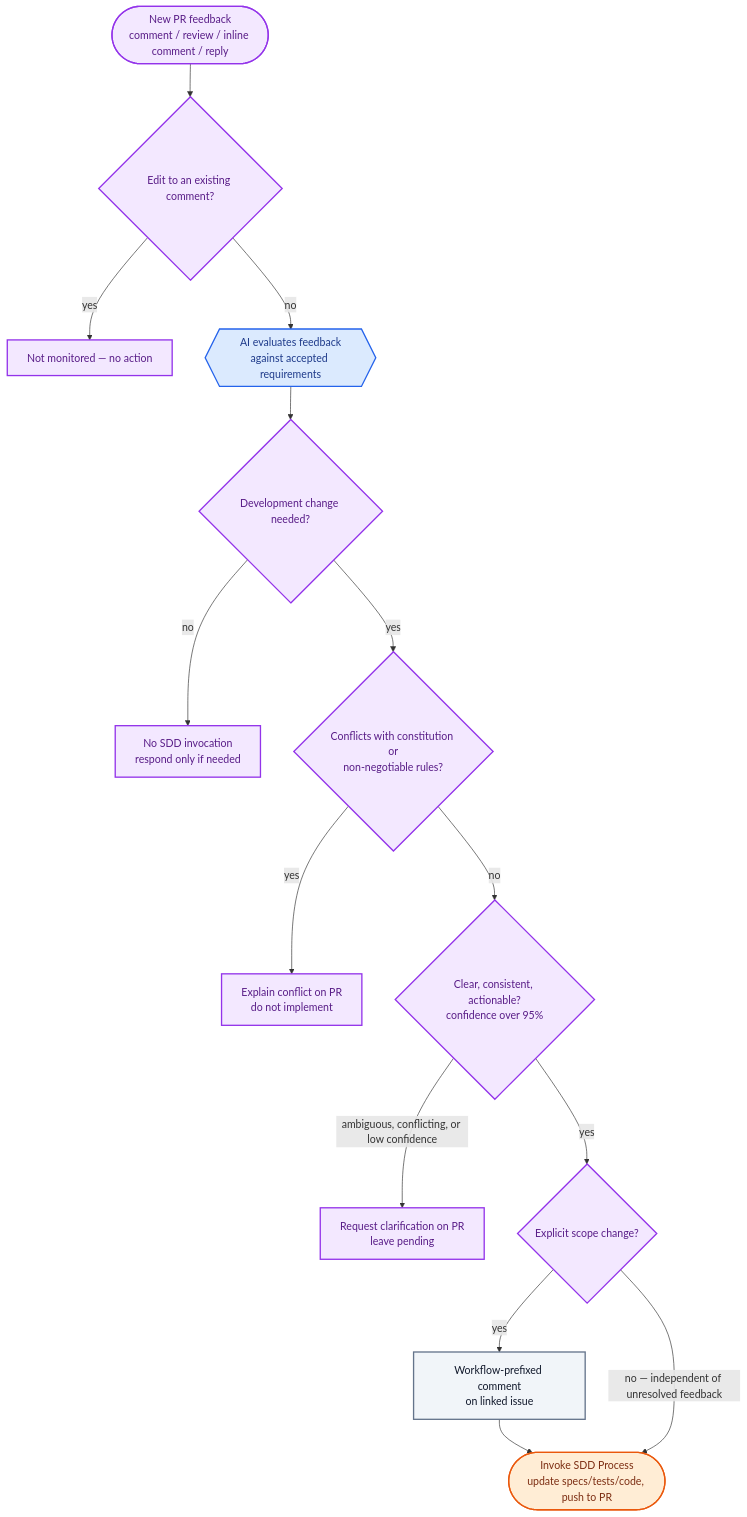
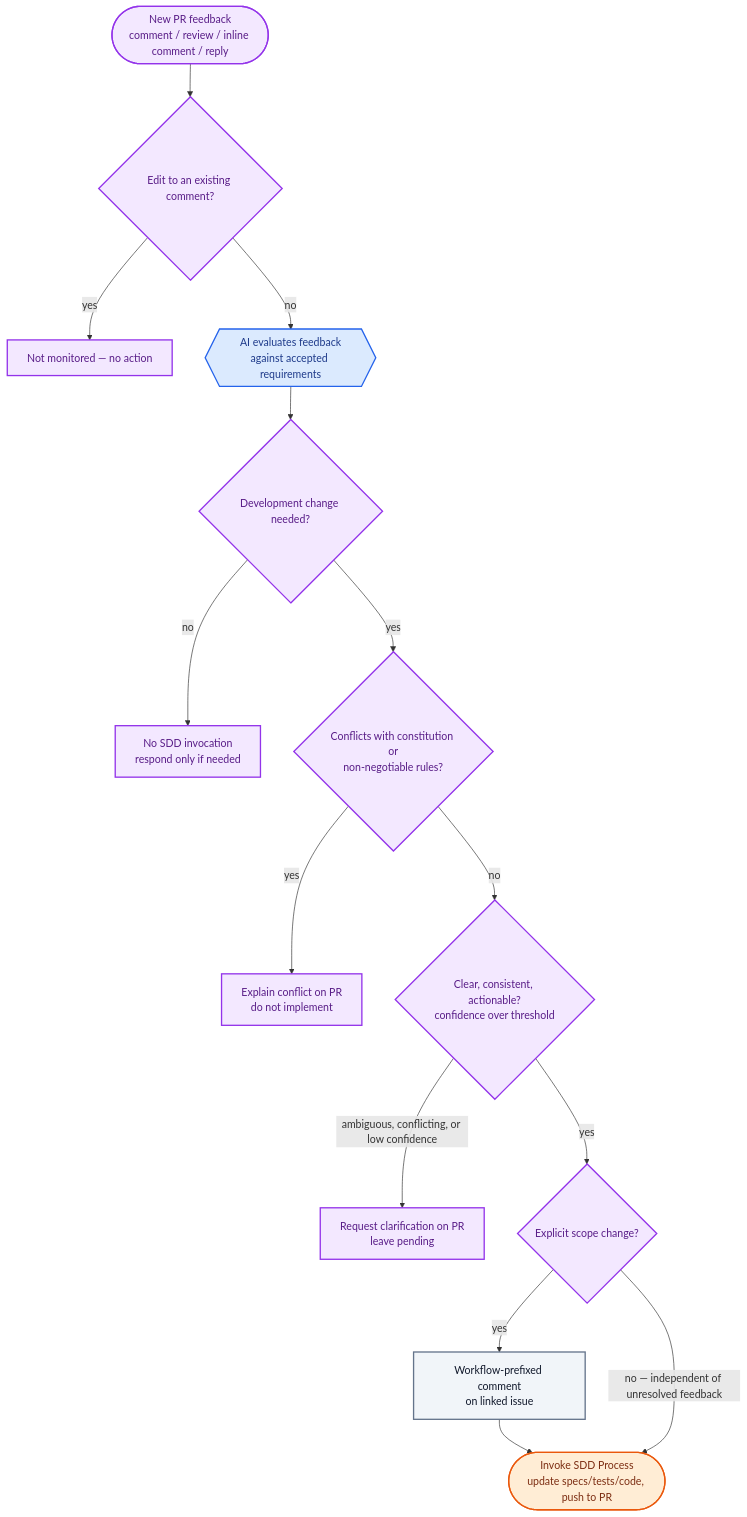
The first of 3 diagrams in docs/adr/0006-pr-process.md (hlsekowski/qnagym), drawn with Mermaid before and after one commit. The commit also changed other lines of this file, not shown here.

````diff
--- a/docs/adr/0006-pr-process.md
+++ b/docs/adr/0006-pr-process.md
@@ -21,40 +23,40 @@
 ```mermaid
 flowchart TD
     NEW(["New PR feedback<br/>comment / review / inline comment / reply"])
     EDIT{"Edit to an existing comment?"}
     IGNORE["Not monitored — no action"]
     AI_EVAL{{"AI evaluates feedback<br/>against accepted requirements"}}
     NEEDED{"Development change needed?"}
     NOACTION["No SDD invocation<br/>respond only if needed"]
     CONFLICT{"Conflicts with constitution or<br/>non-negotiable rules?"}
     EXPLAIN["Explain conflict on PR<br/>do not implement"]
-    GATE{"Clear, consistent, actionable?<br/>confidence over 95%"}
+    GATE{"Clear, consistent, actionable?<br/>confidence over threshold"}
     CLARIFY["Request clarification on PR<br/>leave pending"]
     SCOPE{"Explicit scope change?"}
     ISSUESCOPE["Workflow-prefixed comment<br/>on linked issue"]
     SDDCALL(["Invoke SDD Process<br/>update specs/tests/code, push to PR"])
 
     NEW --> EDIT
     EDIT -->|"yes"| IGNORE
     EDIT -->|"no"| AI_EVAL
     AI_EVAL --> NEEDED
     NEEDED -->|"no"| NOACTION
     NEEDED -->|"yes"| CONFLICT
     CONFLICT -->|"yes"| EXPLAIN
     CONFLICT -->|"no"| GATE
     GATE -->|"ambiguous, conflicting, or low confidence"| CLARIFY
     GATE -->|"yes"| SCOPE
     SCOPE -->|"yes"| ISSUESCOPE
     ISSUESCOPE --> SDDCALL
     SCOPE -->|"no — independent of unresolved feedback"| SDDCALL
 
     classDef pr fill:#f3e8ff,stroke:#9333ea,color:#581c87,stroke-width:2px
     classDef ai fill:#dbeafe,stroke:#2563eb,color:#1e3a8a,stroke-width:2px
     classDef dev fill:#ffedd5,stroke:#ea580c,color:#7c2d12,stroke-width:2px
     classDef issue fill:#f1f5f9,stroke:#64748b,color:#0f172a,stroke-width:2px
 
     class NEW,EDIT,IGNORE,NEEDED,NOACTION,CONFLICT,EXPLAIN,GATE,CLARIFY,SCOPE pr
     class AI_EVAL ai
     class SDDCALL dev
     class ISSUESCOPE issue
 ```
````
